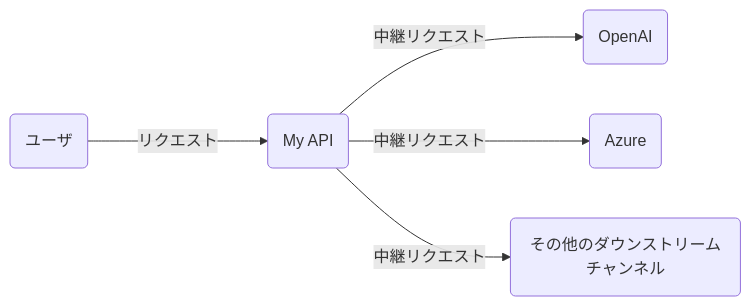
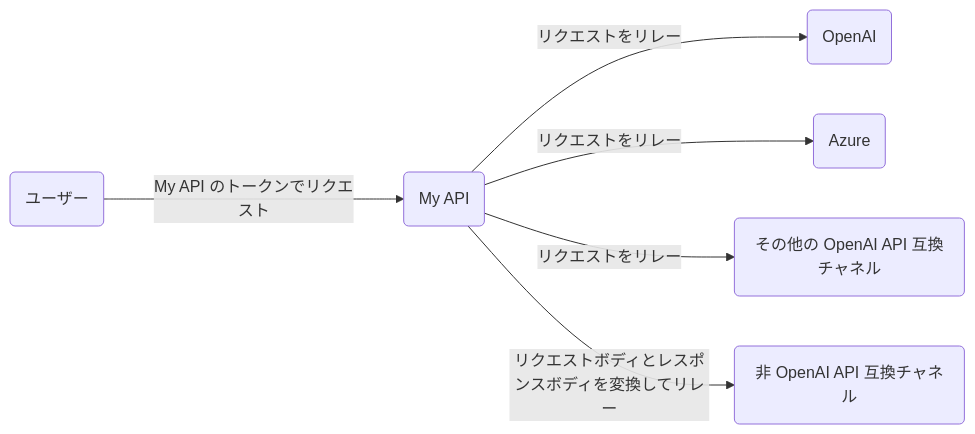
Before and after one commit to pai801/myapi: the diagram in README.ja.md, drawn with Mermaid. The commit also changed other lines of this file and 5 other files, not shown here.

````diff
--- a/README.ja.md
+++ b/README.ja.md
@@ -159,8 +330,9 @@
 ```mermaid
 graph LR
-    A(ユーザ)
-    A --->|リクエスト| B(My API)
-    B -->|中継リクエスト| C(OpenAI)
-    B -->|中継リクエスト| D(Azure)
-    B -->|中継リクエスト| E(その他のダウンストリームチャンネル)
+    A(ユーザー)
+    A --->|My API のトークンでリクエスト| B(My API)
+    B -->|リクエストをリレー| C(OpenAI)
+    B -->|リクエストをリレー| D(Azure)
+    B -->|リクエストをリレー| E(その他の OpenAI API 互換チャネル)
+    B -->|リクエストボディとレスポンスボディを変換してリレー| F(非 OpenAI API 互換チャネル)
 ```
````
